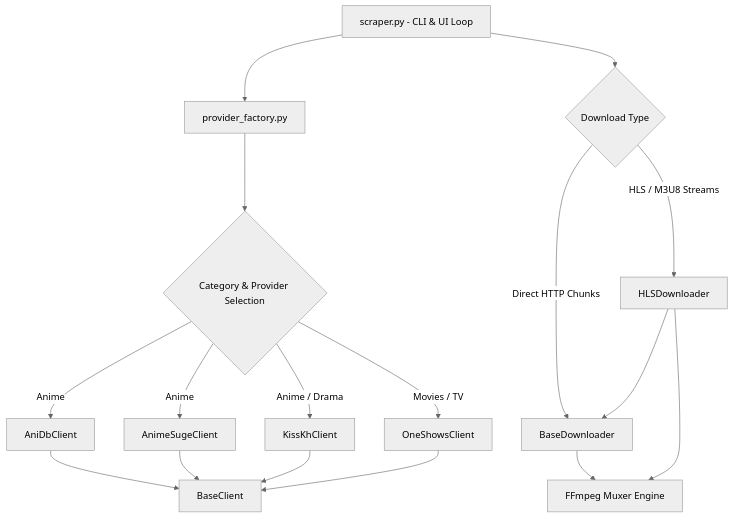
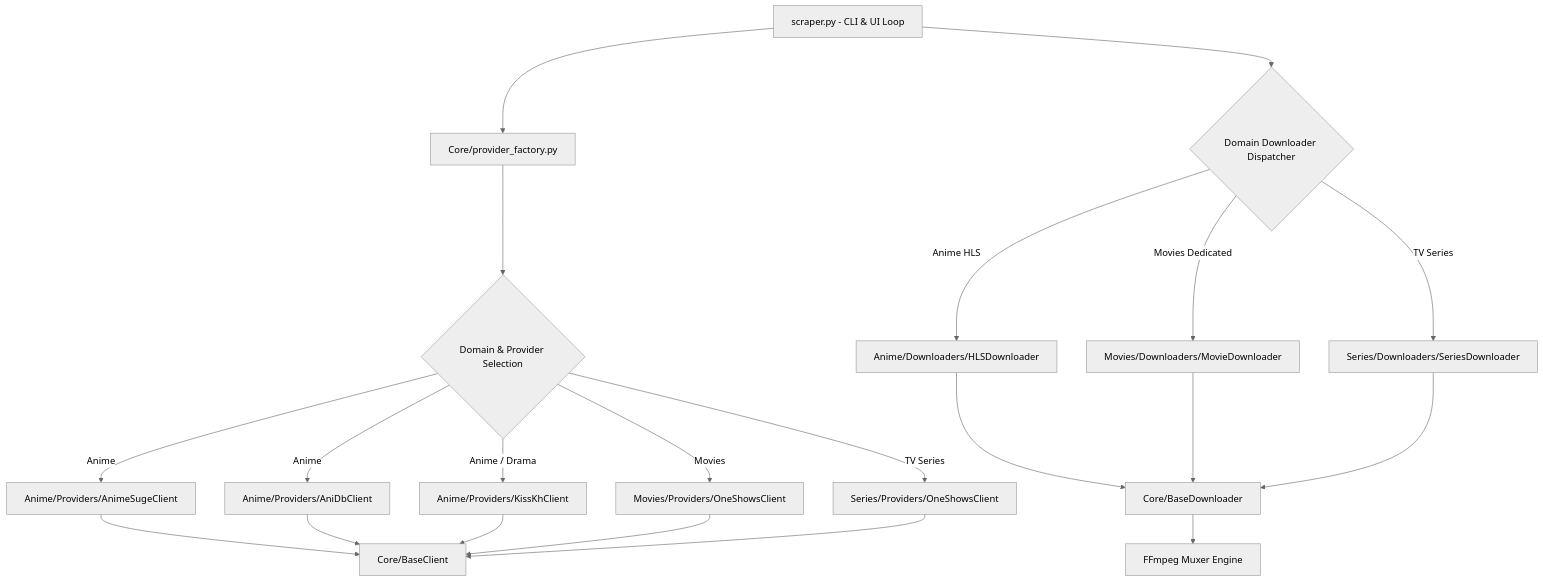
One commit to th3mw/CLI_DOWNLOADER changed the diagram in Doc.md. Above: the diagram before and after it, drawn with Mermaid (neutral theme). The commit also changed other lines of this file and 34 other files, not shown here.

Commit message:
refactor(arch): restructure codebase into domain-specific modules (Anime, Movies, Series, Core) and implement dedicated MovieDownloader

````diff
--- a/Doc.md
+++ b/Doc.md
@@ -11,22 +11,26 @@
 ```mermaid
 flowchart TD
-    CLI[scraper.py - CLI & UI Loop] --> Factory[provider_factory.py]
-    Factory --> ClientChoice{Category & Provider Selection}
-    ClientChoice -->|Anime| AniDb[AniDbClient]
-    ClientChoice -->|Anime| AnimeSuge[AnimeSugeClient]
-    ClientChoice -->|Anime / Drama| KissKh[KissKhClient]
-    ClientChoice -->|Movies / TV| OneShows[OneShowsClient]
+    CLI[scraper.py - CLI & UI Loop] --> Factory[Core/provider_factory.py]
+    Factory --> ClientChoice{Domain & Provider Selection}
+    ClientChoice -->|Anime| AnimeSuge[Anime/Providers/AnimeSugeClient]
+    ClientChoice -->|Anime| AniDb[Anime/Providers/AniDbClient]
+    ClientChoice -->|Anime / Drama| KissKh[Anime/Providers/KissKhClient]
+    ClientChoice -->|Movies| OneShowsM[Movies/Providers/OneShowsClient]
+    ClientChoice -->|TV Series| OneShowsTV[Series/Providers/OneShowsClient]
     
-    AniDb --> BaseClient[BaseClient]
-    AnimeSuge --> BaseClient
+    AnimeSuge --> BaseClient[Core/BaseClient]
+    AniDb --> BaseClient
     KissKh --> BaseClient
-    OneShows --> BaseClient
+    OneShowsM --> BaseClient
+    OneShowsTV --> BaseClient
 
-    CLI --> DownloaderChoice{Download Type}
-    DownloaderChoice -->|Direct HTTP Chunks| BaseDownloader[BaseDownloader]
-    DownloaderChoice -->|HLS / M3U8 Streams| HLSDownloader[HLSDownloader]
+    CLI --> DownloaderChoice{Domain Downloader Dispatcher}
+    DownloaderChoice -->|Anime HLS| AnimeHLS[Anime/Downloaders/HLSDownloader]
+    DownloaderChoice -->|Movies Dedicated| MovieDL[Movies/Downloaders/MovieDownloader]
+    DownloaderChoice -->|TV Series| SeriesDL[Series/Downloaders/SeriesDownloader]
     
-    HLSDownloader --> BaseDownloader
-    HLSDownloader --> FFmpeg[FFmpeg Muxer Engine]
-    BaseDownloader --> FFmpeg
+    AnimeHLS --> BaseDownloader[Core/BaseDownloader]
+    MovieDL --> BaseDownloader
+    SeriesDL --> BaseDownloader
+    BaseDownloader --> FFmpeg[FFmpeg Muxer Engine]
 ```
````
